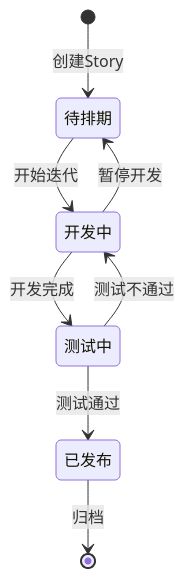
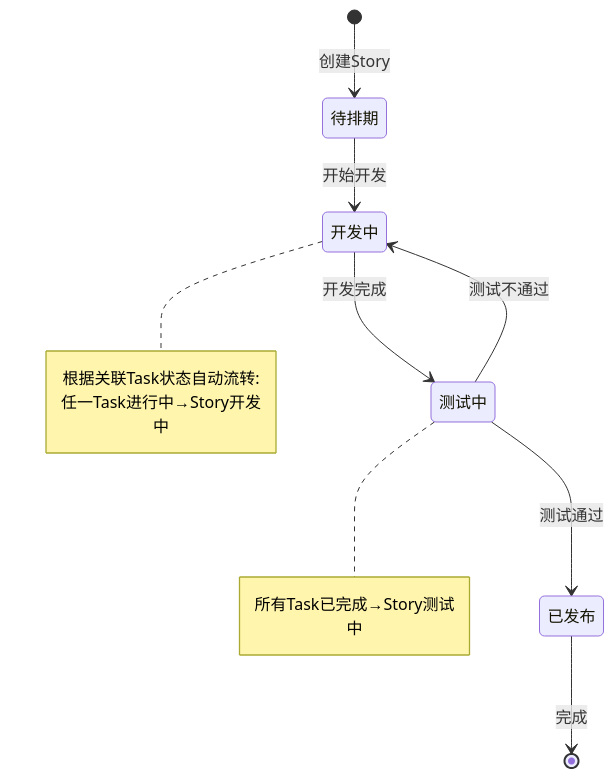
One commit to wangrenzhu-ola/InfinityCompany changed the fourth of 4 diagrams in notion/relation_rules.md. Above: the diagram before and after it, drawn with Mermaid. The commit also changed other lines of this file and 13 other files, not shown here.

````diff
--- a/notion/relation_rules.md
+++ b/notion/relation_rules.md
@@ -149,10 +172,18 @@
 ```mermaid
 stateDiagram-v2
     [*] --> 待排期: 创建Story
-    待排期 --> 开发中: 开始迭代
+    待排期 --> 开发中: 开始开发
     开发中 --> 测试中: 开发完成
     测试中 --> 已发布: 测试通过
     测试中 --> 开发中: 测试不通过
-    开发中 --> 待排期: 暂停开发
-    已发布 --> [*]: 归档
+    已发布 --> [*]: 完成
+
+    note right of 开发中
+        根据关联Task状态自动流转:
+        任一Task进行中→Story开发中
+    end note
+
+    note right of 测试中
+        所有Task已完成→Story测试中
+    end note
 ```
````
